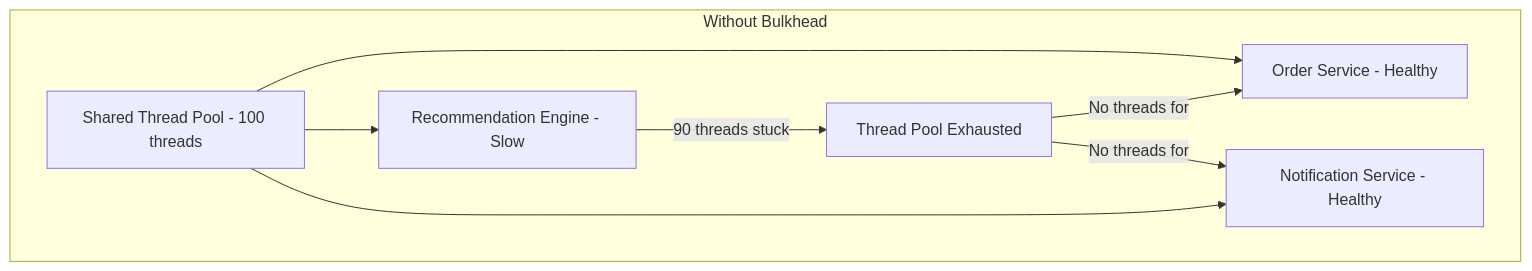
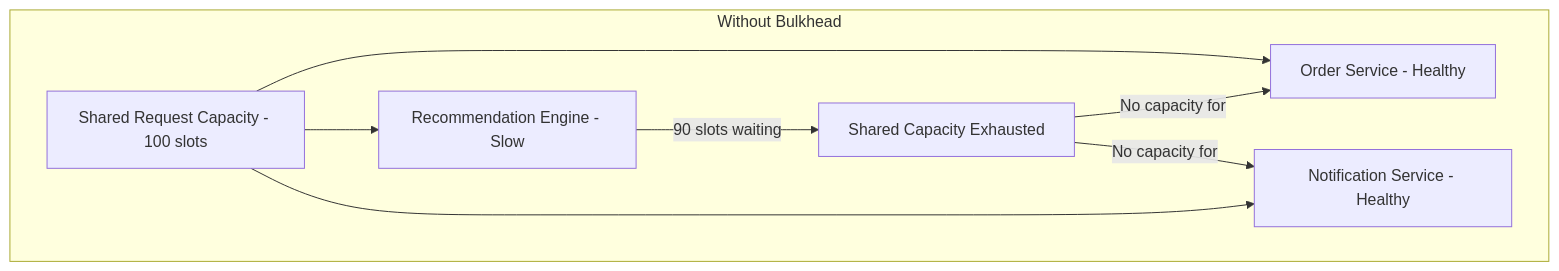
Before and after one commit to OneUptime/blog: the diagram in posts/2026-02-16-how-to-implement-the-bulkhead-pattern-to-isolate-failures-in-azure-microservices/README.md, drawn with Mermaid. The commit also changed other lines of this file and 2 other files, not shown here.

````diff
--- a/posts/2026-02-16-how-to-implement-the-bulkhead-pattern-to-isolate-failures-in-azure-microservices/README.md
+++ b/posts/2026-02-16-how-to-implement-the-bulkhead-pattern-to-isolate-failures-in-azure-microservices/README.md
@@ -21,12 +21,12 @@
 ```mermaid
 flowchart TD
     subgraph "Without Bulkhead"
-        A[Shared Thread Pool - 100 threads] --> B[Order Service - Healthy]
+        A[Shared Request Capacity - 100 slots] --> B[Order Service - Healthy]
         A --> C[Recommendation Engine - Slow]
         A --> D[Notification Service - Healthy]
 
-        C -->|90 threads stuck| E[Thread Pool Exhausted]
-        E -->|No threads for| B
-        E -->|No threads for| D
+        C -->|90 slots waiting| E[Shared Capacity Exhausted]
+        E -->|No capacity for| B
+        E -->|No capacity for| D
     end
 ```
````
